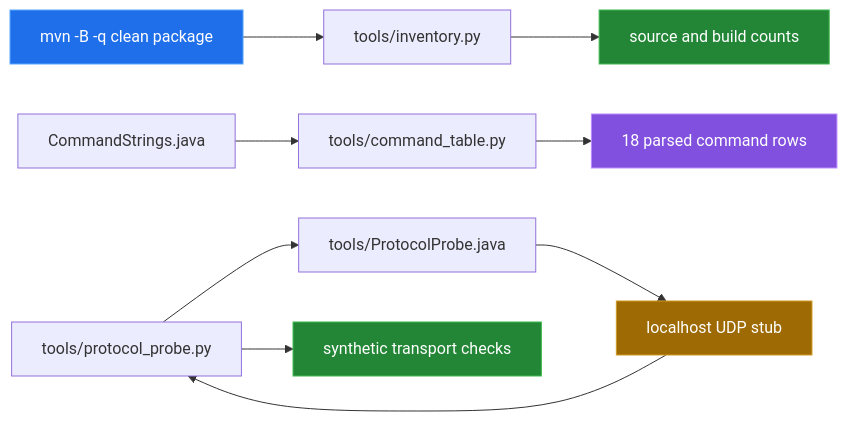
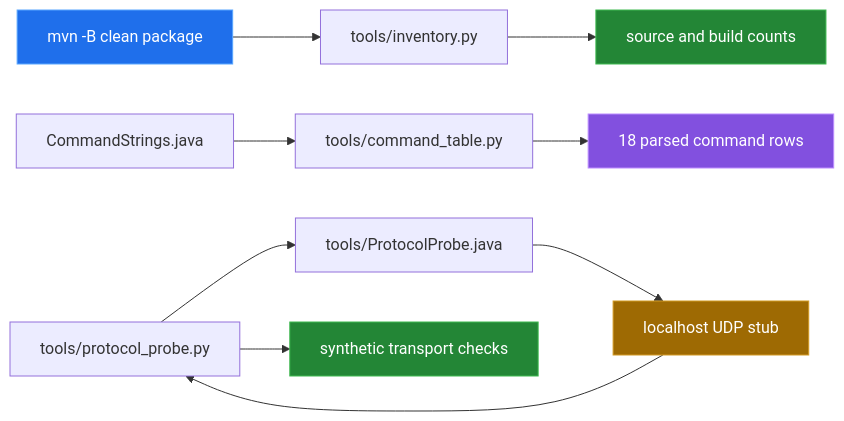
The diagram in docs/measurement.md (Bissbert/Tello4J), drawn with Mermaid before and after one commit. The commit also changed other lines of this file and 7 other files, not shown here.

````diff
--- a/docs/measurement.md
+++ b/docs/measurement.md
@@ -32,17 +32,17 @@
 ```mermaid
 flowchart LR
-    M["mvn -B -q clean package"] --> I["tools/inventory.py"]
+    M["mvn -B clean package"] --> I["tools/inventory.py"]
     S["CommandStrings.java"] --> T["tools/command_table.py"]
     P["tools/protocol_probe.py"] --> J["tools/ProtocolProbe.java"]
     J --> U["localhost UDP stub"]
     U --> P
     I --> R["source and build counts"]
     T --> C["18 parsed command rows"]
     P --> B["synthetic transport checks"]
 
     style M fill:#1f6feb,stroke:#58a6ff,color:#fff
     style U fill:#9e6a03,stroke:#d29922,color:#fff
     style R fill:#238636,stroke:#3fb950,color:#fff
     style C fill:#8250df,stroke:#bc8cff,color:#fff
     style B fill:#238636,stroke:#3fb950,color:#fff
 ```
````
